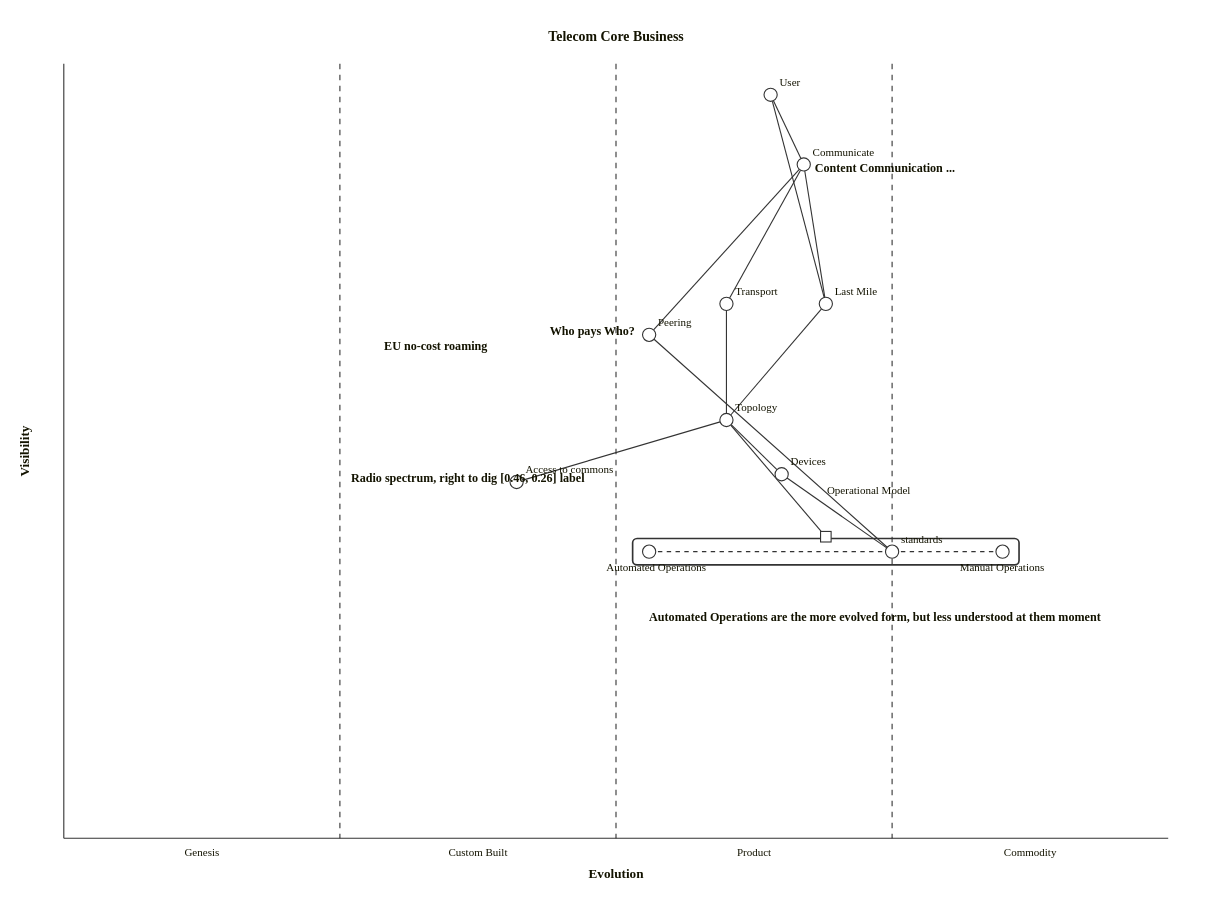
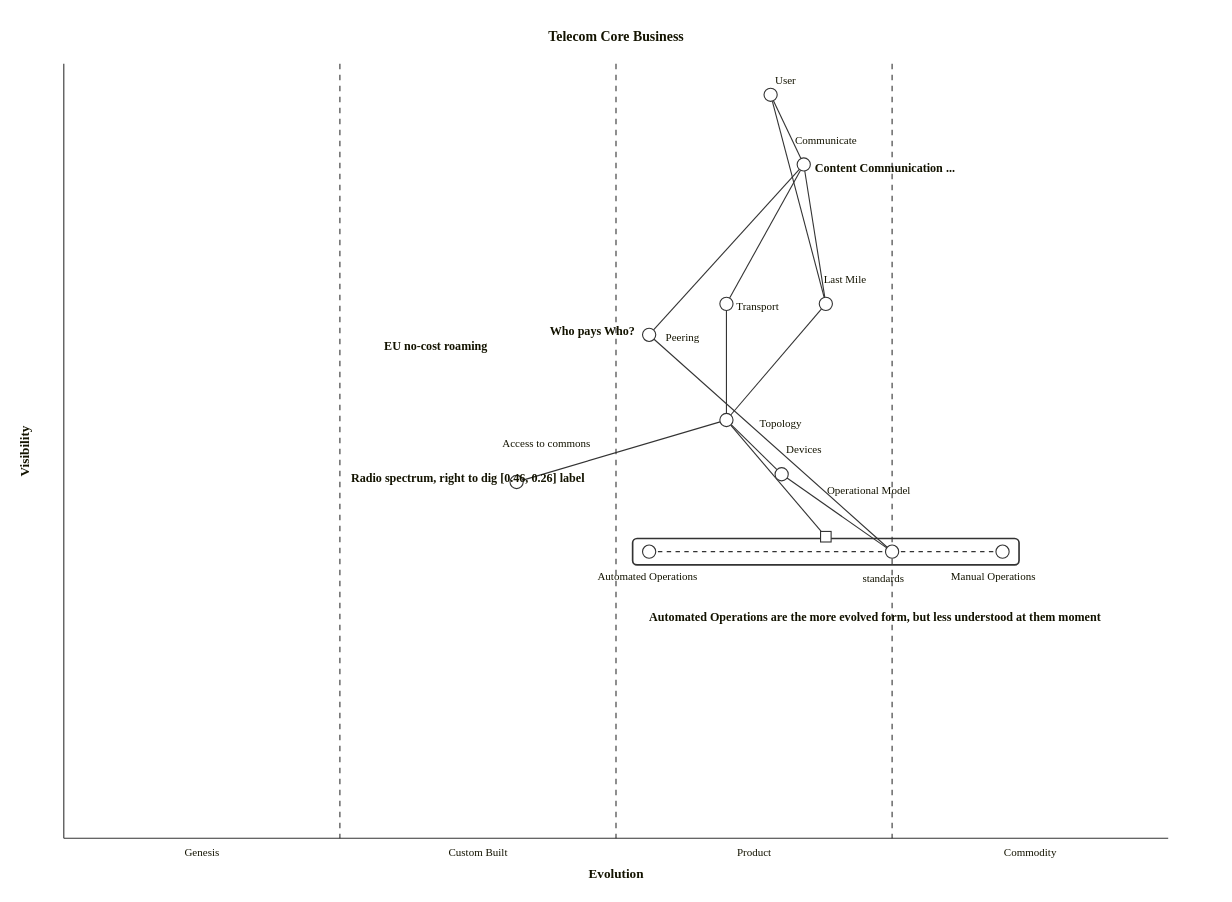
The diagram in telecoms/additions/core.mmd (tractorjuice/wardley-maps-mermaid), drawn with Mermaid before and after one commit. The commit also changed 143 other files, not shown here.

```diff
--- a/telecoms/additions/core.mmd
+++ b/telecoms/additions/core.mmd
@@ -1,52 +1,52 @@
 wardley-beta
 title Telecom Core Business
 size [1100, 800]
 
-component User [0.96, 0.64]
+component User [0.96, 0.64] label [4, -10]
 
-component Communicate [0.87, 0.67]
+component Communicate [0.87, 0.67] label [-8, -19]
 
 User -> Communicate
 note "Content Communication ..." [0.86, 0.68]
 
-component Last Mile [0.69, 0.69]
-component Transport [0.69, 0.60]
-component Peering [0.65, 0.53]
+component Last Mile [0.69, 0.69] label [-2, -19]
+component Transport [0.69, 0.60] label [9, 6]
+component Peering [0.65, 0.53] label [15, 6]
 
 Communicate -> Peering
 Communicate -> Last Mile
 Communicate -> Transport
 
 User -> Last Mile
 
 note "Who pays Who?" [0.65, 0.44]
 note "EU no-cost roaming" [0.63, 0.29]
 
-component Topology [0.54, 0.60]
+component Topology [0.54, 0.60] label [30, 6]
 
 Last Mile -> Topology
 Transport -> Topology
 
-component Devices [0.47, 0.65]
+component Devices [0.47, 0.65] label [4, -19]
 
 Topology -> Devices
 
 Peering -> standards
 
-component Access to commons [0.46, 0.41]
+component Access to commons [0.46, 0.41] label [-13, -32]
 Topology -> Access to commons
 
 note "Radio spectrum, right to dig [0.46, 0.26] label" [0.46, 0.26]
 
 component Operational Model [0.37, 0.65] label [1, -39]
 pipeline Operational Model {
-  component Automated Operations [0.53] label [-39, 18]
-  component standards [0.75]
-  component Manual Operations [0.85] label [-39, 18]
+  component Automated Operations [0.53] label [-47, 26]
+  component standards [0.75] label [-27, 28]
+  component Manual Operations [0.85] label [-47, 26]
 }
 
 Topology -> Operational Model
 
 note "Automated Operations are the more evolved form, but less understood at them moment" [0.28, 0.53]
 
 Devices -> standards
```
